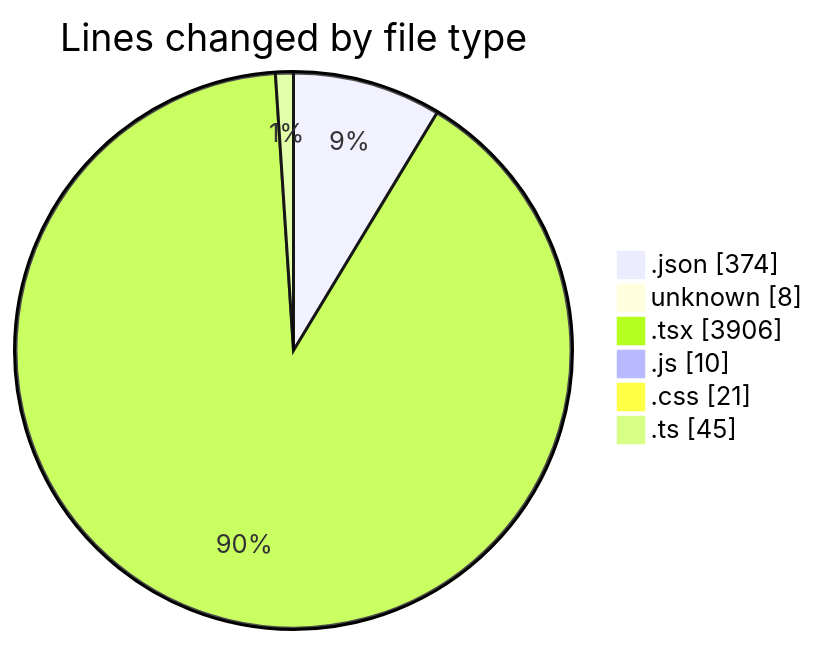
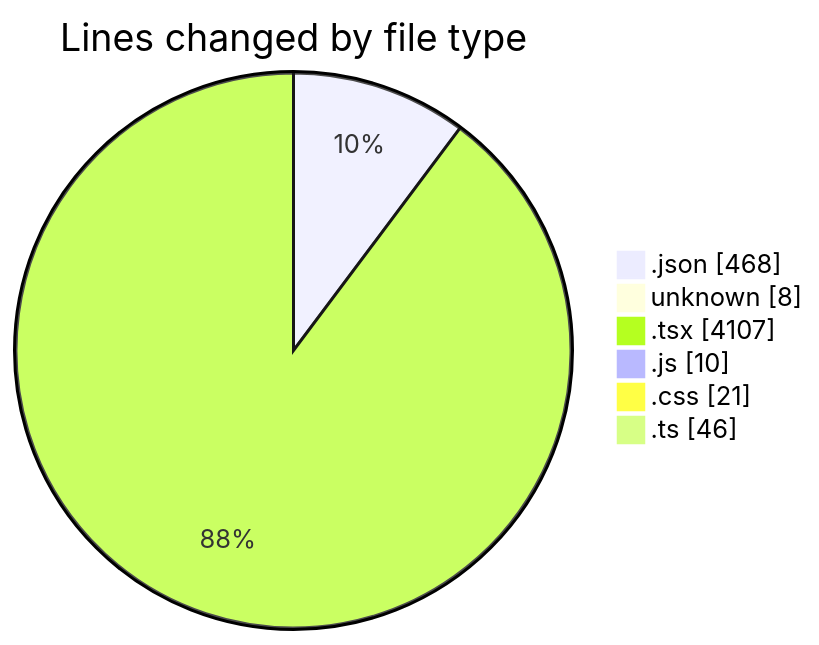
Before and after one commit to Elitesun/code-tracking: the first of 2 diagrams in 2025-05-02/niten/README.md, drawn with Mermaid. The commit also changed other lines of this file and 1 other file, not shown here.

````diff
--- a/2025-05-02/niten/README.md
+++ b/2025-05-02/niten/README.md
@@ -54,10 +56,10 @@
 ```mermaid
 pie showData
 title Lines changed by file type
-".json" : 374
+".json" : 468
 "unknown" : 8
-".tsx" : 3906
+".tsx" : 4107
 ".js" : 10
 ".css" : 21
-".ts" : 45
+".ts" : 46
 ```
````
